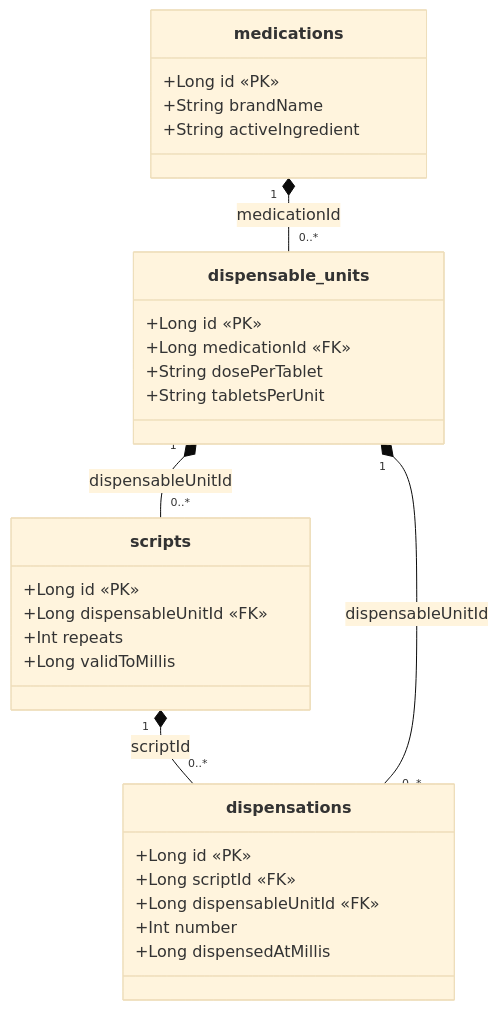
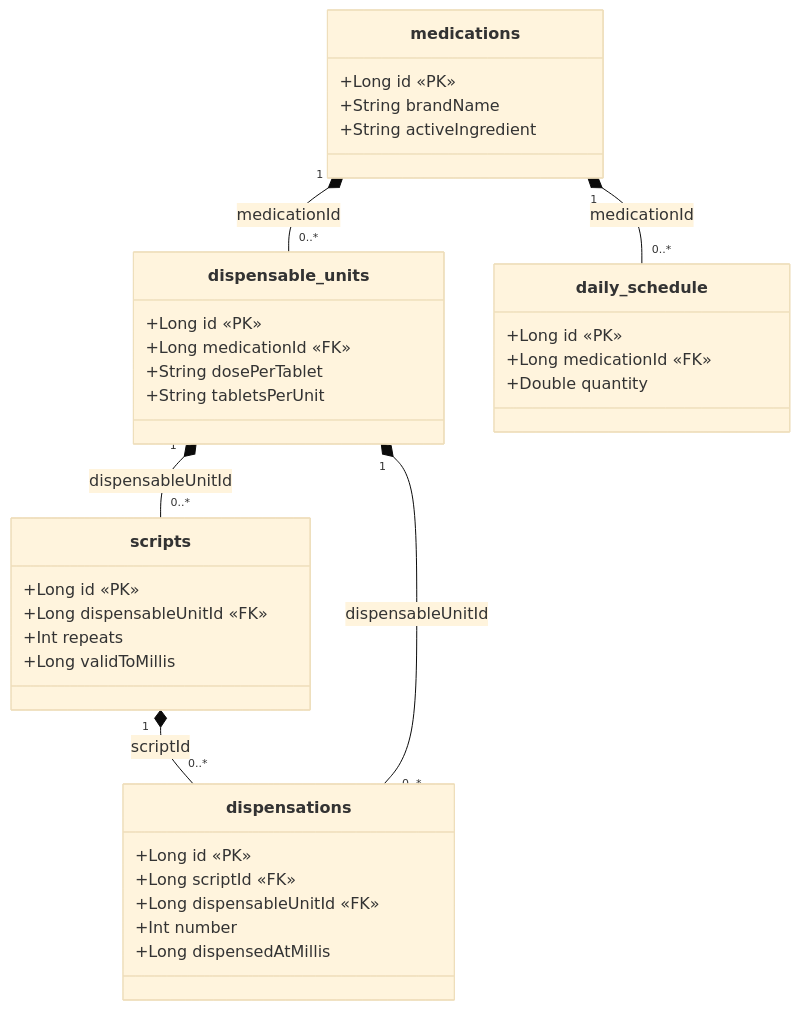
One commit to replicant1/aitoui changed the diagram in DATABASE_SCHEMA.md. Above: the diagram before and after it, drawn with Mermaid (base theme). The commit also changed other lines of this file and 10 other files, not shown here.

First line of the commit message:
Daily Schedule screen: rename, decimal quantities, persistence

````diff
--- a/DATABASE_SCHEMA.md
+++ b/DATABASE_SCHEMA.md
@@ -89,32 +100,38 @@
 ```mermaid
 classDiagram
     direction TB
     class medications {
         +Long id «PK»
         +String brandName
         +String activeIngredient
     }
     class dispensable_units {
         +Long id «PK»
         +Long medicationId «FK»
         +String dosePerTablet
         +String tabletsPerUnit
     }
     class scripts {
         +Long id «PK»
         +Long dispensableUnitId «FK»
         +Int repeats
         +Long validToMillis
     }
     class dispensations {
         +Long id «PK»
         +Long scriptId «FK»
         +Long dispensableUnitId «FK»
         +Int number
         +Long dispensedAtMillis
     }
+    class daily_schedule {
+        +Long id «PK»
+        +Long medicationId «FK»
+        +Double quantity
+    }
     medications "1" *-- "0..*" dispensable_units : medicationId
     dispensable_units "1" *-- "0..*" scripts : dispensableUnitId
     scripts "1" *-- "0..*" dispensations : scriptId
     dispensable_units "1" *-- "0..*" dispensations : dispensableUnitId
+    medications "1" *-- "0..*" daily_schedule : medicationId
 ```
````
